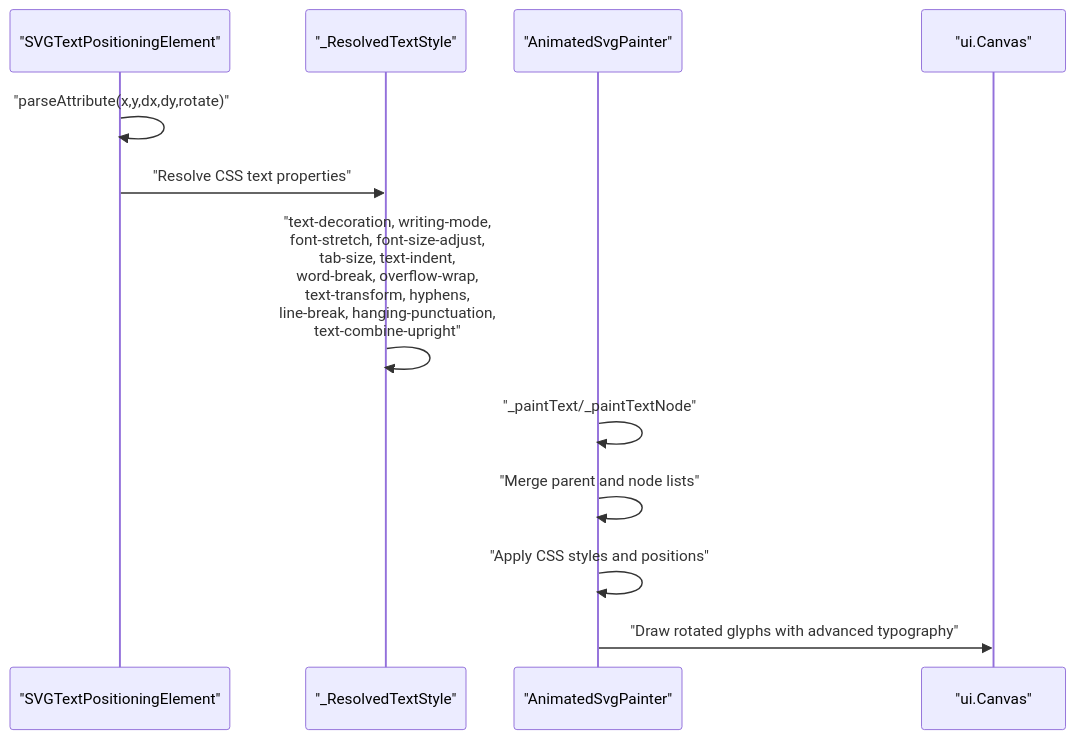
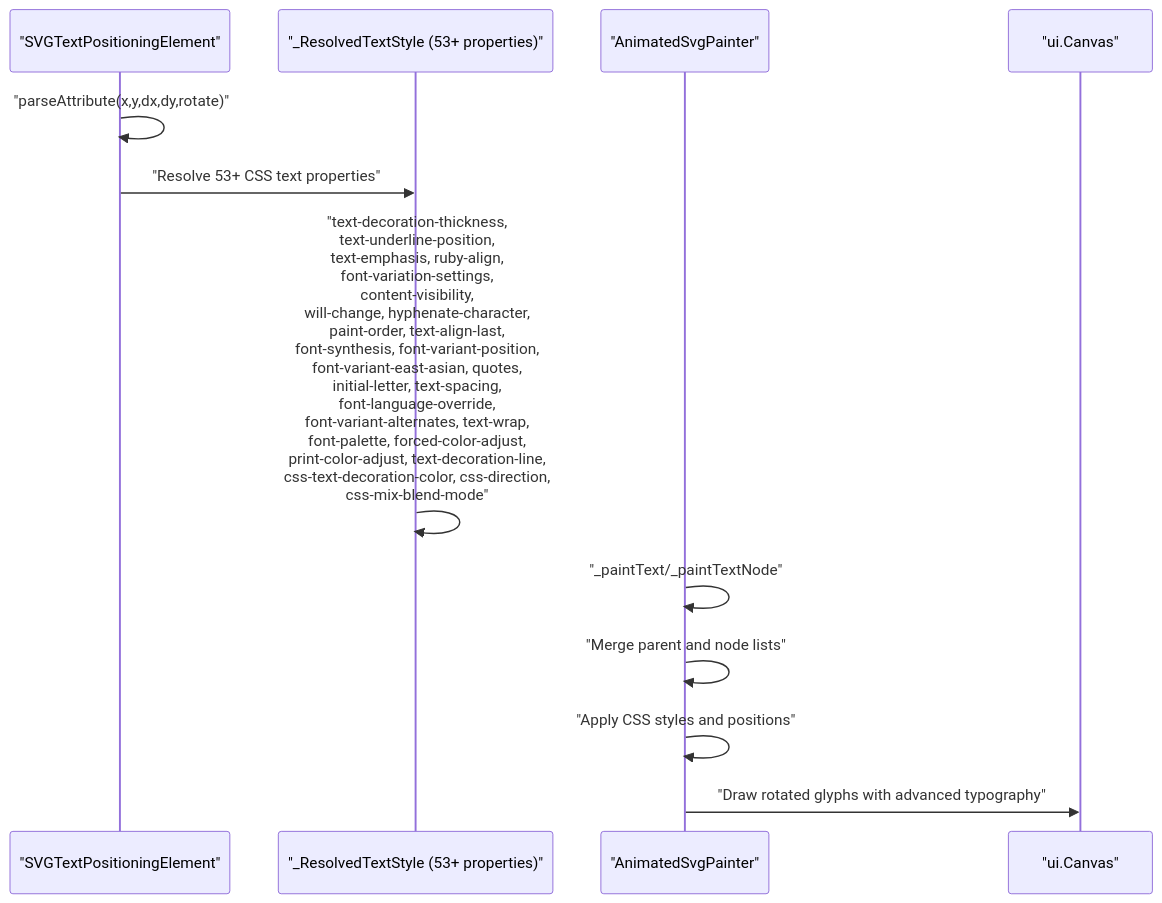
Before and after one commit to denisnadey/flutter_full_svg_support: the second of 5 diagrams in .qoder/repowiki/en/content/Animated SVG Support/Text Positioning Attributes.md, drawn with Mermaid. The commit also changed other lines of this file and 5 other files, not shown here.

First line of the commit message:
feat(animation): enhance text styling with 53 advanced CSS properties

````diff
--- a/.qoder/repowiki/en/content/Animated SVG Support/Text Positioning Attributes.md
+++ b/.qoder/repowiki/en/content/Animated SVG Support/Text Positioning Attributes.md
@@ -116,14 +121,14 @@
 ```mermaid
 sequenceDiagram
 participant Parser as "SVGTextPositioningElement"
-participant CSSResolver as "_ResolvedTextStyle"
+participant CSSResolver as "_ResolvedTextStyle (53+ properties)"
 participant Renderer as "AnimatedSvgPainter"
 participant Canvas as "ui.Canvas"
 Parser->>Parser : "parseAttribute(x,y,dx,dy,rotate)"
-Parser->>CSSResolver : "Resolve CSS text properties"
-CSSResolver->>CSSResolver : "text-decoration, writing-mode,<br/>font-stretch, font-size-adjust,<br/>tab-size, text-indent,<br/>word-break, overflow-wrap,<br/>text-transform, hyphens,<br/>line-break, hanging-punctuation,<br/>text-combine-upright"
+Parser->>CSSResolver : "Resolve 53+ CSS text properties"
+CSSResolver->>CSSResolver : "text-decoration-thickness,<br/>text-underline-position,<br/>text-emphasis, ruby-align,<br/>font-variation-settings,<br/>content-visibility,<br/>will-change, hyphenate-character,<br/>paint-order, text-align-last,<br/>font-synthesis, font-variant-position,<br/>font-variant-east-asian, quotes,<br/>initial-letter, text-spacing,<br/>font-language-override,<br/>font-variant-alternates, text-wrap,<br/>font-palette, forced-color-adjust,<br/>print-color-adjust, text-decoration-line,<br/>css-text-decoration-color, css-direction,<br/>css-mix-blend-mode"
 Renderer->>Renderer : "_paintText/_paintTextNode"
 Renderer->>Renderer : "Merge parent and node lists"
 Renderer->>Renderer : "Apply CSS styles and positions"
 Renderer->>Canvas : "Draw rotated glyphs with advanced typography"
 ```
````
